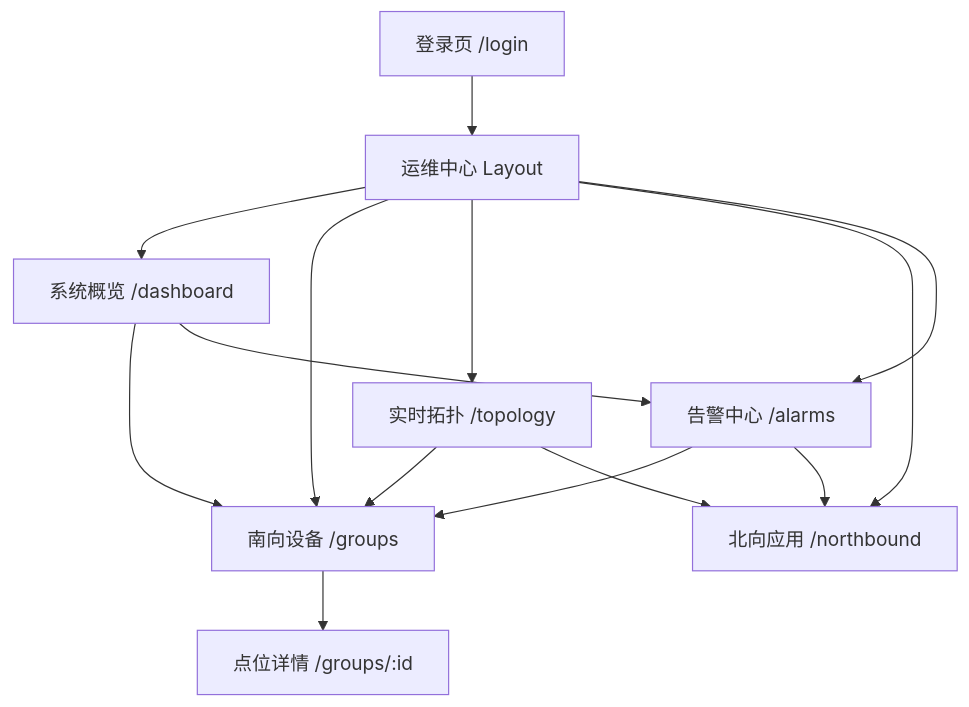
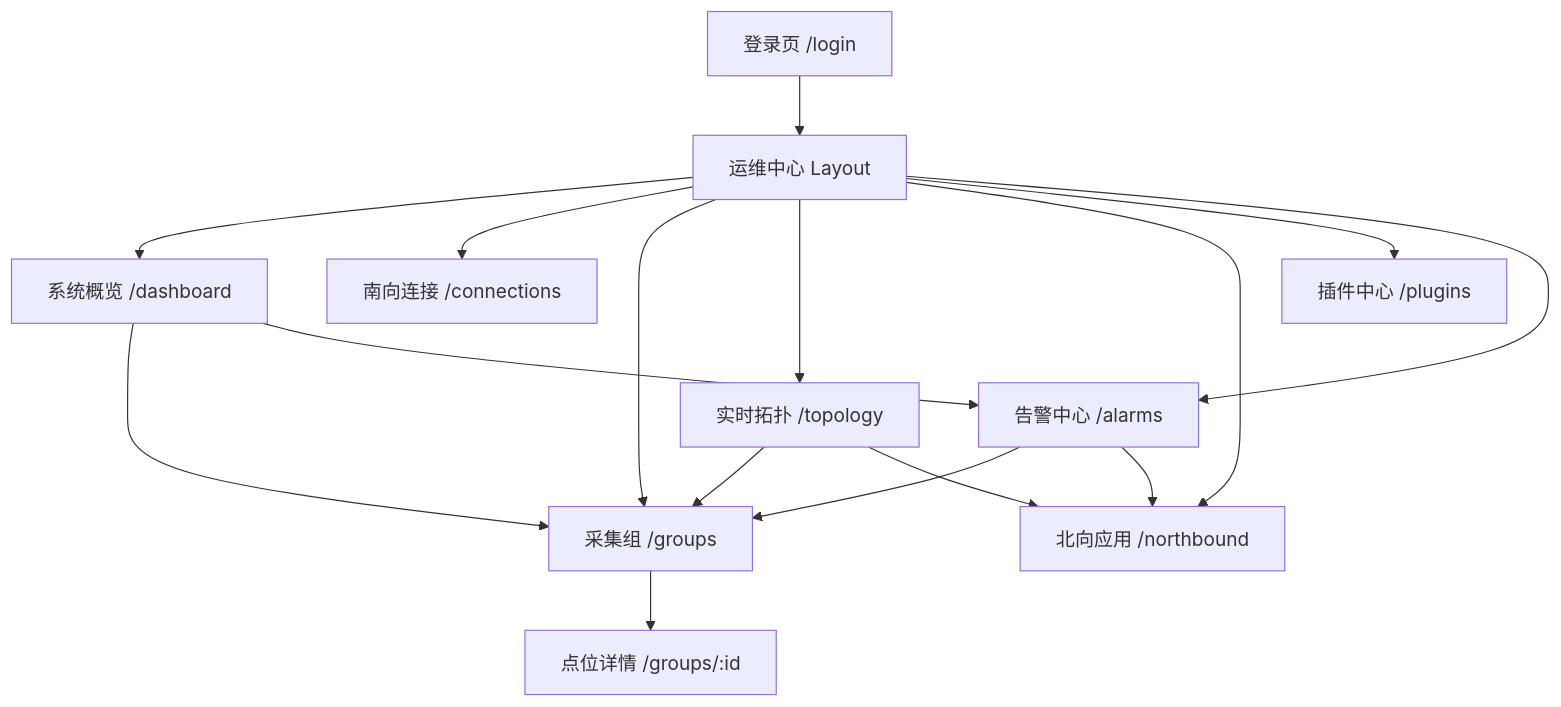
Before and after one commit to jhzhang09/jetlinks-edge: the first of 7 diagrams in docs/operations-center-design.md, drawn with Mermaid. The commit also changed other lines of this file and 76 other files, not shown here.

````diff
--- a/docs/operations-center-design.md
+++ b/docs/operations-center-design.md
@@ -118,16 +122,18 @@
 ```mermaid
 flowchart TD
     Login["登录页 /login"] --> Layout["运维中心 Layout"]
     Layout --> Dashboard["系统概览 /dashboard"]
-    Layout --> Groups["南向设备 /groups"]
+    Layout --> Connections["南向连接 /connections"]
+    Layout --> Groups["采集组 /groups"]
     Groups --> GroupDetail["点位详情 /groups/:id"]
     Layout --> Topology["实时拓扑 /topology"]
     Layout --> NorthApps["北向应用 /northbound"]
+	Layout --> Plugins["插件中心 /plugins"]
     Layout --> Alarms["告警中心 /alarms"]
     Dashboard --> Groups
     Dashboard --> Alarms
     Topology --> Groups
     Topology --> NorthApps
     Alarms --> Groups
     Alarms --> NorthApps
 ```
````
